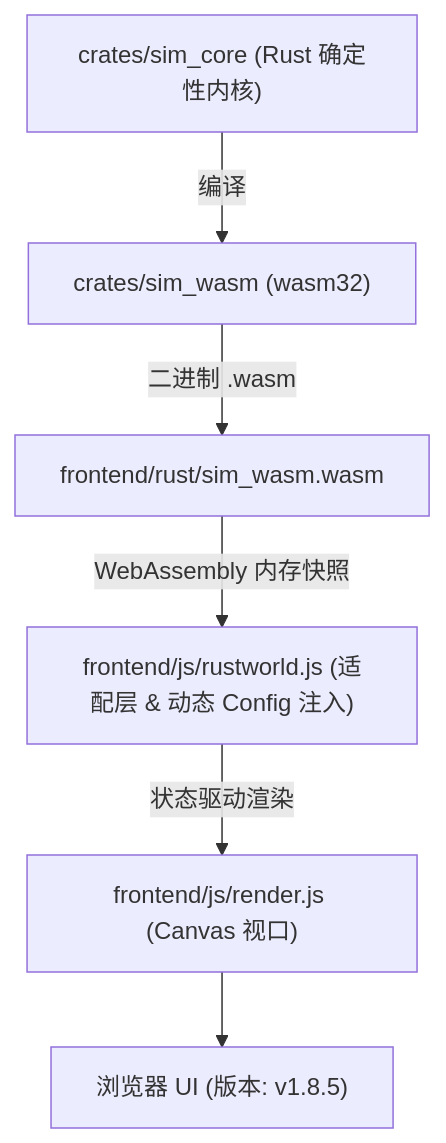
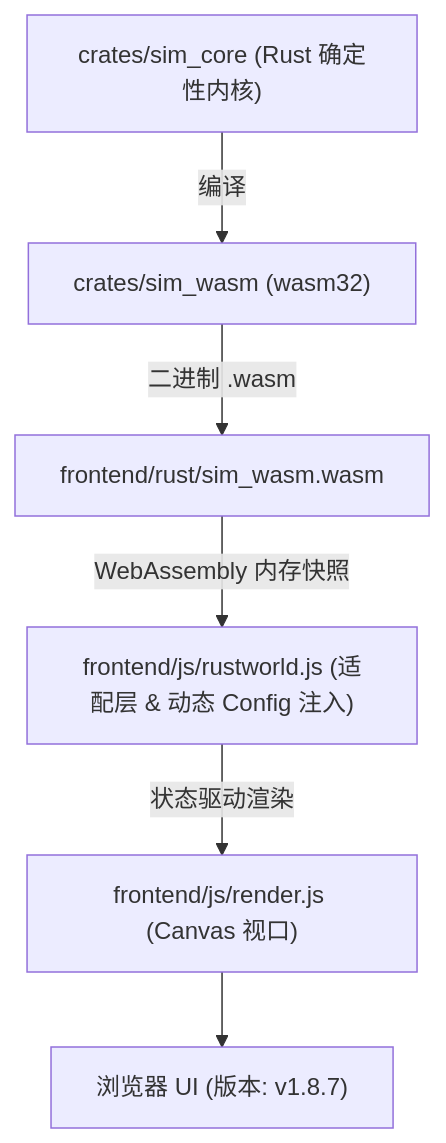
Before and after one commit to g39088902/FlowAndAccord: the diagram in AGENTS.md, drawn with Mermaid. The commit also changed other lines of this file and 21 other files, not shown here.

````diff
--- a/AGENTS.md
+++ b/AGENTS.md
@@ -50,8 +50,8 @@
 ```mermaid
 graph TD
     A["crates/sim_core (Rust 确定性内核)"] -->|编译| B["crates/sim_wasm (wasm32)"]
     B -->|二进制 .wasm| C["frontend/rust/sim_wasm.wasm"]
     C -->|WebAssembly 内存快照| D["frontend/js/rustworld.js (适配层 & 动态 Config 注入)"]
     D -->|状态驱动渲染| E["frontend/js/render.js (Canvas 视口)"]
-    E --> F["浏览器 UI (版本: v1.8.5)"]
+    E --> F["浏览器 UI (版本: v1.8.7)"]
 ```
````
